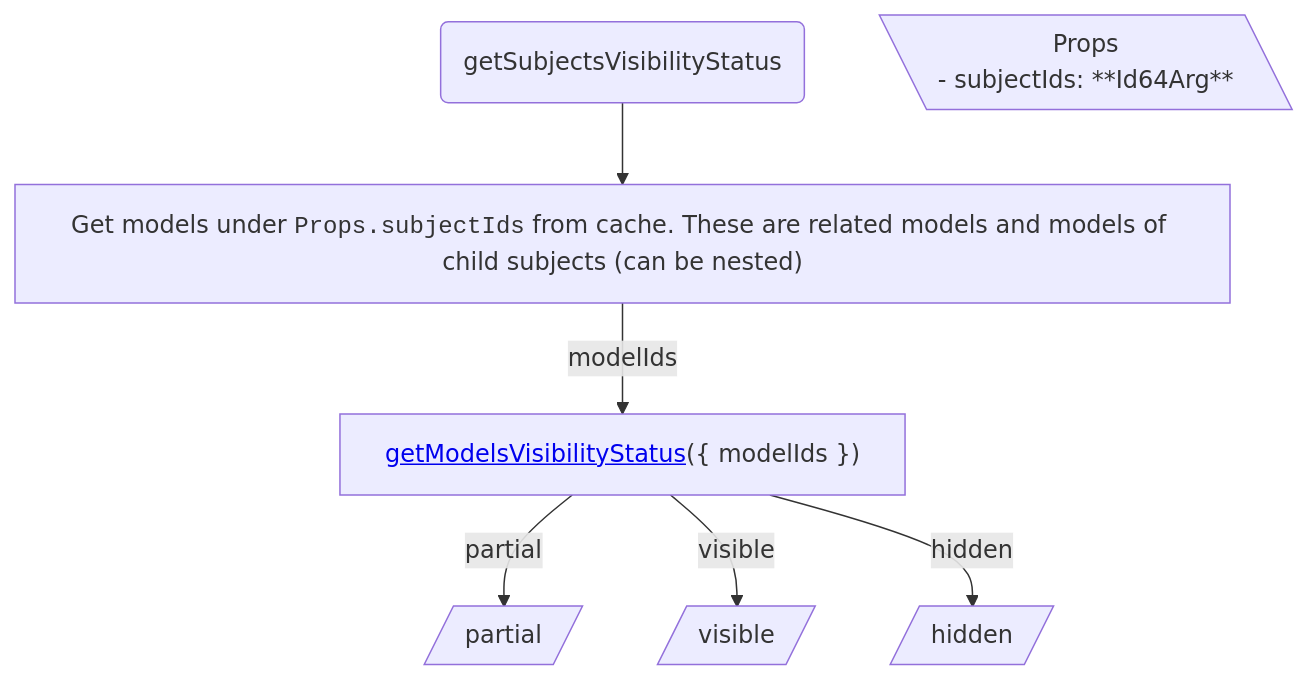
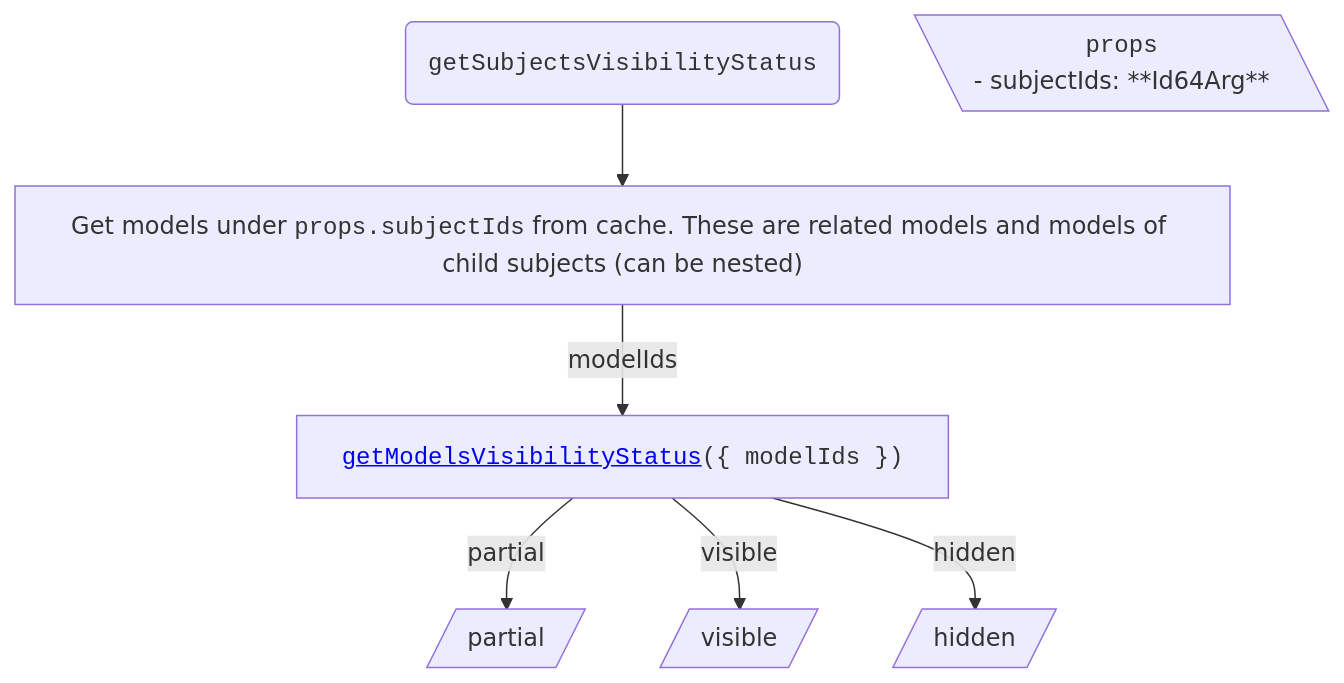
One commit to iTwin/viewer-components-react changed the diagram in packages/itwin/tree-widget/docs/ModelsTreeVisibilityHandling.md. Above: the diagram before and after it, drawn with Mermaid. The commit also changed other lines of this file and 4 other files, not shown here.

````diff
--- a/packages/itwin/tree-widget/docs/ModelsTreeVisibilityHandling.md
+++ b/packages/itwin/tree-widget/docs/ModelsTreeVisibilityHandling.md
@@ -13,27 +21,27 @@
 ```mermaid
 ---
 config:
   flowchart:
     wrappingWidth: 750
     useMaxWidth: false
 ---
 
 flowchart TD
   RESULT_Partial[/partial/]
   RESULT_Visible[/visible/]
   RESULT_Hidden[/hidden/]
 
   %% Start
-  TITLE(getSubjectsVisibilityStatus) --> A["Get models under <code>Props.subjectIds</code> from cache. These are related models and models of child subjects (can be nested)"]
+  TITLE("<code>getSubjectsVisibilityStatus</code>") --> A["Get models under <code>props.subjectIds</code> from cache. These are related models and models of child subjects (can be nested)"]
 
-  PROPS[\"Props
+  PROPS[\"<code>props</code>
     <div style='text-align: left;'>- subjectIds: **Id64Arg**</div>
   "\]
 
-  A -- modelIds --> B["<a href='./SharedVisibilityHandling.md#getmodelsvisibilitystatus'>getModelsVisibilityStatus</a>({ modelIds })"]
+  A -- modelIds --> B["<code><a href='./SharedVisibilityHandling.md#getmodelsvisibilitystatus'>getModelsVisibilityStatus</a>({ modelIds })</code>"]
 
   %% Results
   B -- partial --> RESULT_Partial
   B -- visible --> RESULT_Visible
   B -- hidden --> RESULT_Hidden
 ```
````
